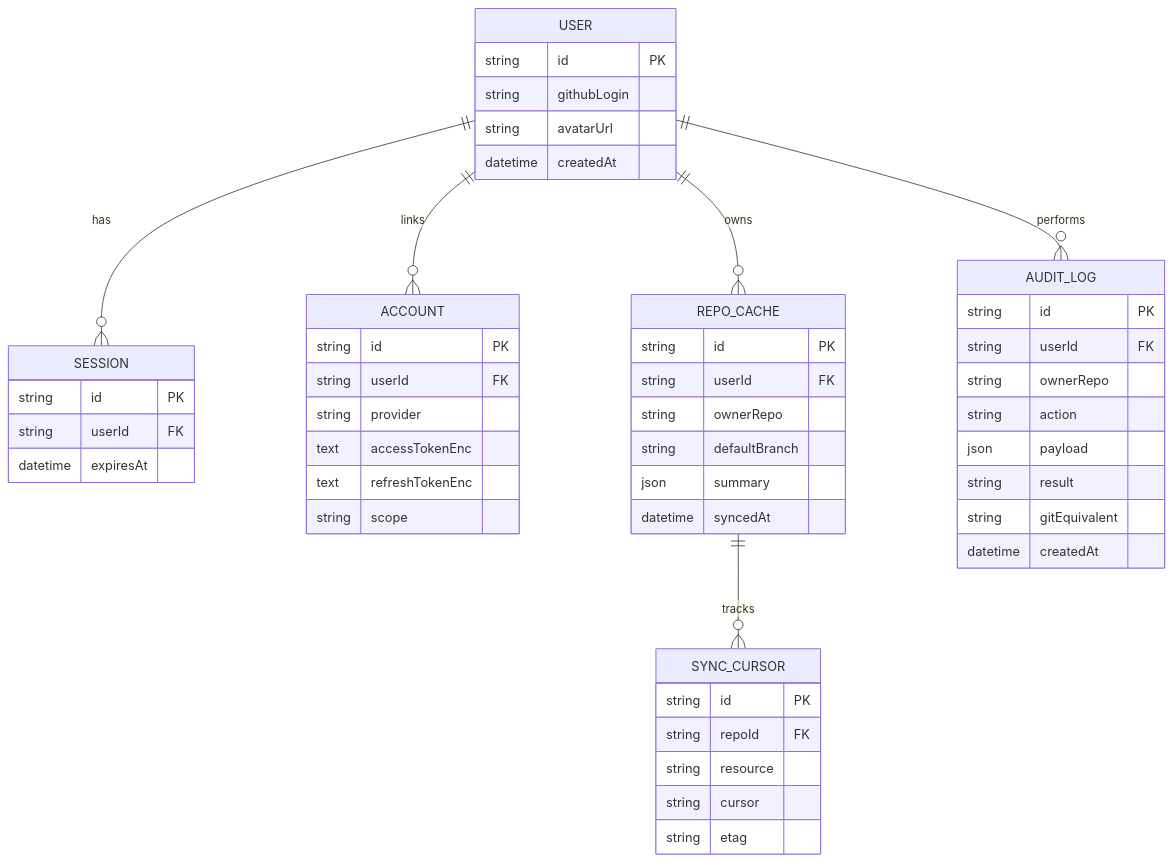
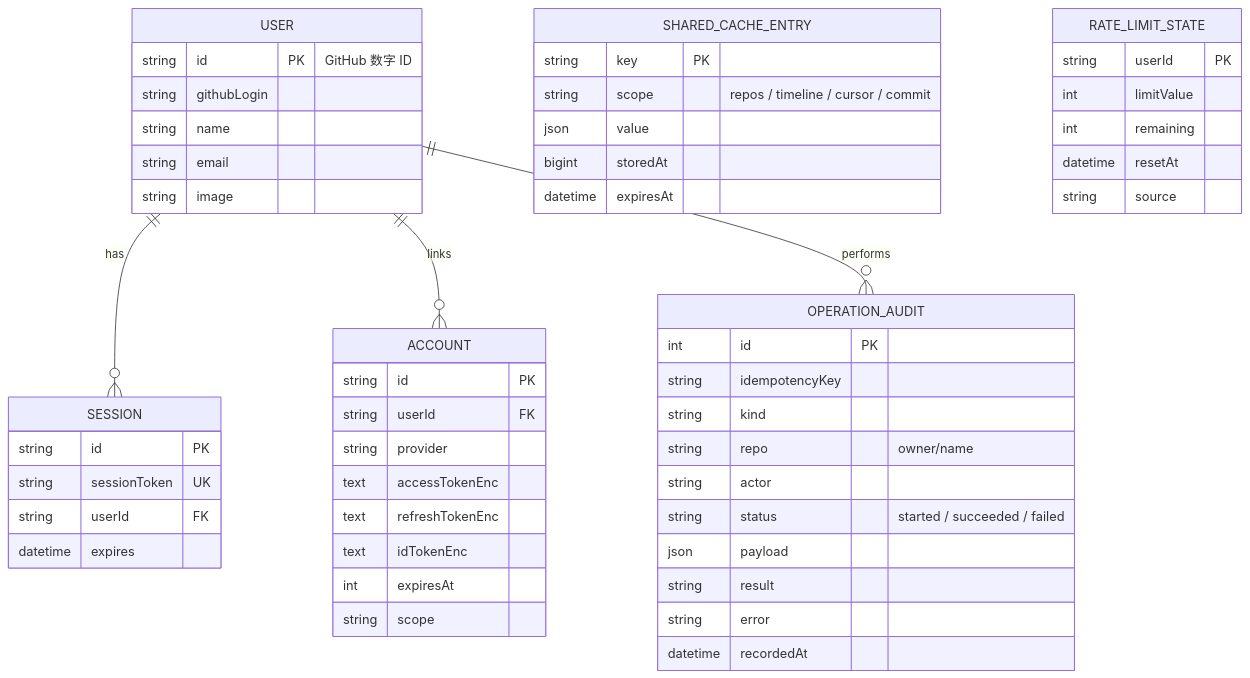
The second of 2 diagrams in docs/technical-analysis.md (encode-utf8/utf8-git), drawn with Mermaid before and after one commit. The commit also changed other lines of this file and 1 other file, not shown here.

````diff
--- a/docs/technical-analysis.md
+++ b/docs/technical-analysis.md
@@ -113,53 +113,56 @@
 ```mermaid
 erDiagram
     USER ||--o{ SESSION : has
     USER ||--o{ ACCOUNT : links
-    USER ||--o{ REPO_CACHE : owns
-    REPO_CACHE ||--o{ SYNC_CURSOR : tracks
-    USER ||--o{ AUDIT_LOG : performs
+    USER ||--o{ OPERATION_AUDIT : performs
 
     USER {
-        string id PK
+        string id PK "GitHub 数字 ID"
         string githubLogin
-        string avatarUrl
-        datetime createdAt
+        string name
+        string email
+        string image
     }
     SESSION {
         string id PK
+        string sessionToken UK
         string userId FK
-        datetime expiresAt
+        datetime expires
     }
     ACCOUNT {
         string id PK
         string userId FK
         string provider
         text accessTokenEnc
         text refreshTokenEnc
+        text idTokenEnc
+        int expiresAt
         string scope
     }
-    REPO_CACHE {
-        string id PK
-        string userId FK
-        string ownerRepo
-        string defaultBranch
-        json summary
-        datetime syncedAt
+    SHARED_CACHE_ENTRY {
+        string key PK
+        string scope "repos / timeline / cursor / commit"
+        json value
+        bigint storedAt
+        datetime expiresAt
     }
-    SYNC_CURSOR {
-        string id PK
-        string repoId FK
-        string resource
-        string cursor
-        string etag
+    RATE_LIMIT_STATE {
+        string userId PK
+        int limitValue
+        int remaining
+        datetime resetAt
+        string source
     }
-    AUDIT_LOG {
-        string id PK
-        string userId FK
-        string ownerRepo
-        string action
+    OPERATION_AUDIT {
+        int id PK
+        string idempotencyKey
+        string kind
+        string repo "owner/name"
+        string actor
+        string status "started / succeeded / failed"
         json payload
         string result
-        string gitEquivalent
-        datetime createdAt
+        string error
+        datetime recordedAt
     }
 ```
````
